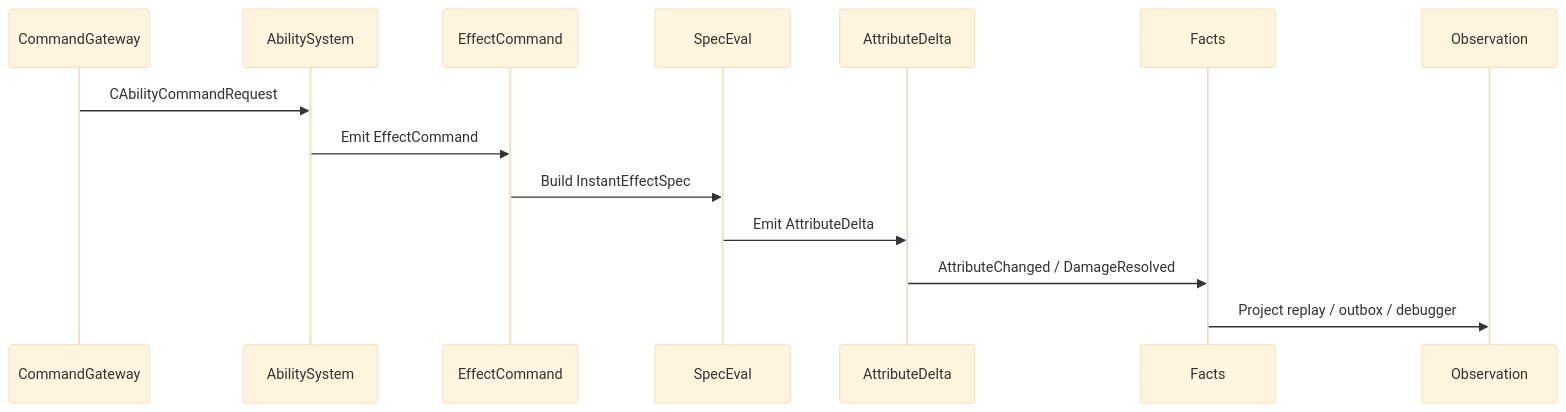
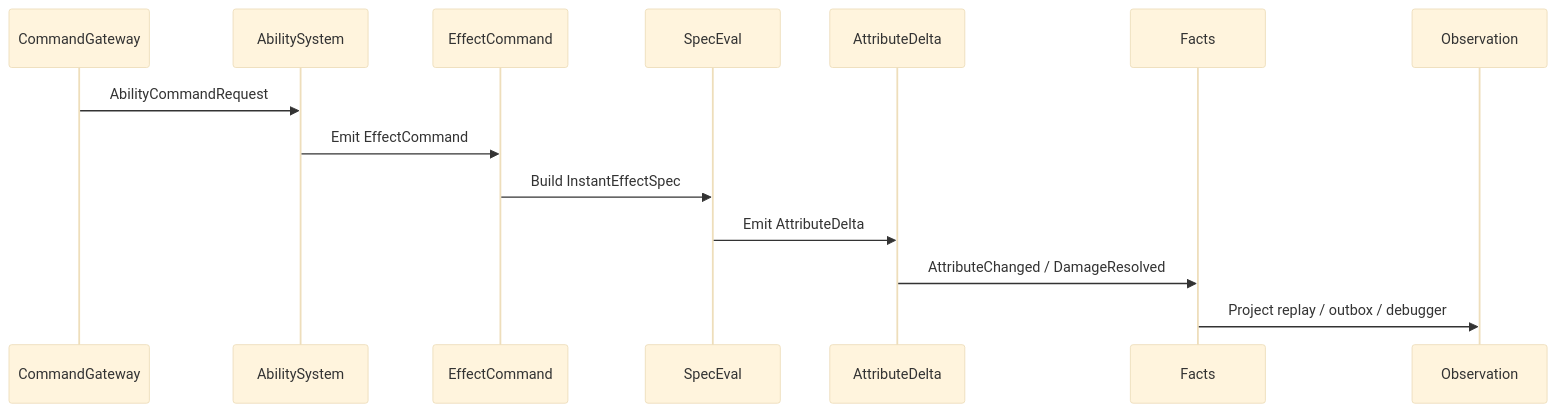
Before and after one commit to Bo-ki/gameplay-ability-system-for-unity: the fifth of 6 diagrams in 方案讨论/针对2.0的ECS架构的迭代方案讨论/当前路线/01-目标态架构共识/03-RuntimeCore管线Spec.md, drawn with Mermaid (base theme). The commit also changed other lines of this file and 15 other files, not shown here.

````diff
--- a/方案讨论/针对2.0的ECS架构的迭代方案讨论/当前路线/01-目标态架构共识/03-RuntimeCore管线Spec.md
+++ b/方案讨论/针对2.0的ECS架构的迭代方案讨论/当前路线/01-目标态架构共识/03-RuntimeCore管线Spec.md
@@ -139,17 +139,17 @@
 ```mermaid
 sequenceDiagram
     participant CommandGateway
     participant AbilitySystem
     participant EffectCommand
     participant SpecEval
     participant AttributeDelta
     participant Facts
     participant Observation
 
-    CommandGateway->>AbilitySystem: CAbilityCommandRequest
+    CommandGateway->>AbilitySystem: AbilityCommandRequest
     AbilitySystem->>EffectCommand: Emit EffectCommand
     EffectCommand->>SpecEval: Build InstantEffectSpec
     SpecEval->>AttributeDelta: Emit AttributeDelta
     AttributeDelta->>Facts: AttributeChanged / DamageResolved
     Facts->>Observation: Project replay / outbox / debugger
 ```
````
